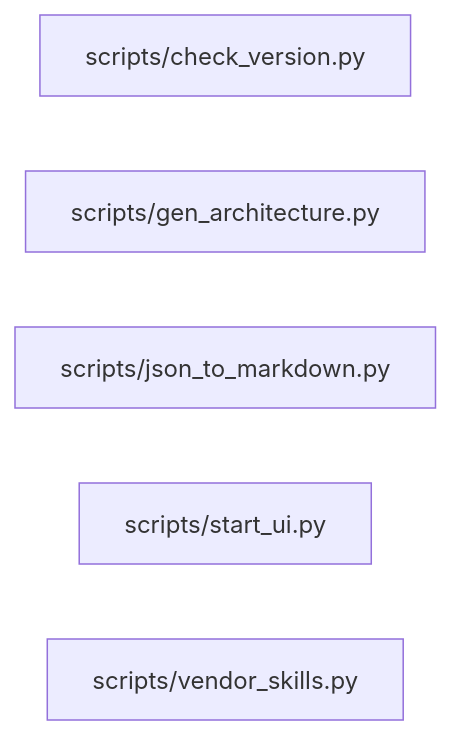
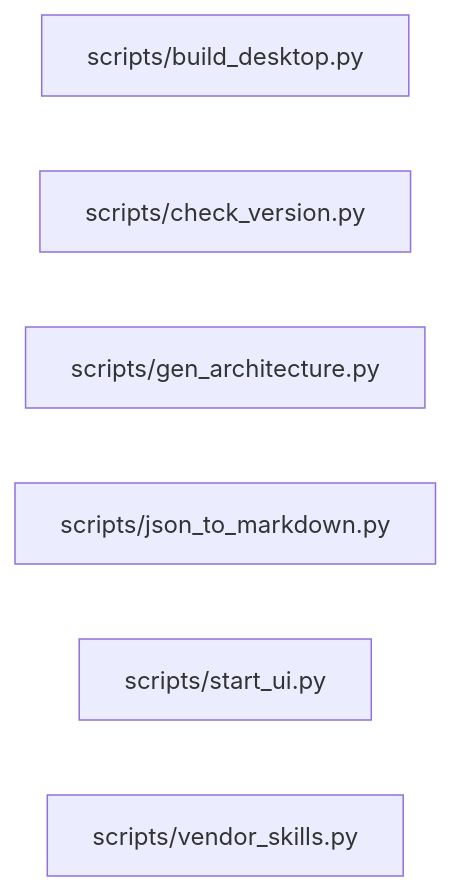
One commit to sarveshtalele/maf-harness-testing changed diagram 16 of 21 in docs/ARCHITECTURE_MAP.md. Above: the diagram before and after it, drawn with Mermaid. The commit also changed other lines of this file, not shown here.

Commit message:
docs: regenerate architecture map for desktop backend entry

````diff
--- a/docs/ARCHITECTURE_MAP.md
+++ b/docs/ARCHITECTURE_MAP.md
@@ -408,8 +412,9 @@
 ```mermaid
 flowchart LR
-  f0["scripts/check_version.py"]
-  f1["scripts/gen_architecture.py"]
-  f2["scripts/json_to_markdown.py"]
-  f3["scripts/start_ui.py"]
-  f4["scripts/vendor_skills.py"]
+  f0["scripts/build_desktop.py"]
+  f1["scripts/check_version.py"]
+  f2["scripts/gen_architecture.py"]
+  f3["scripts/json_to_markdown.py"]
+  f4["scripts/start_ui.py"]
+  f5["scripts/vendor_skills.py"]
 ```
````
